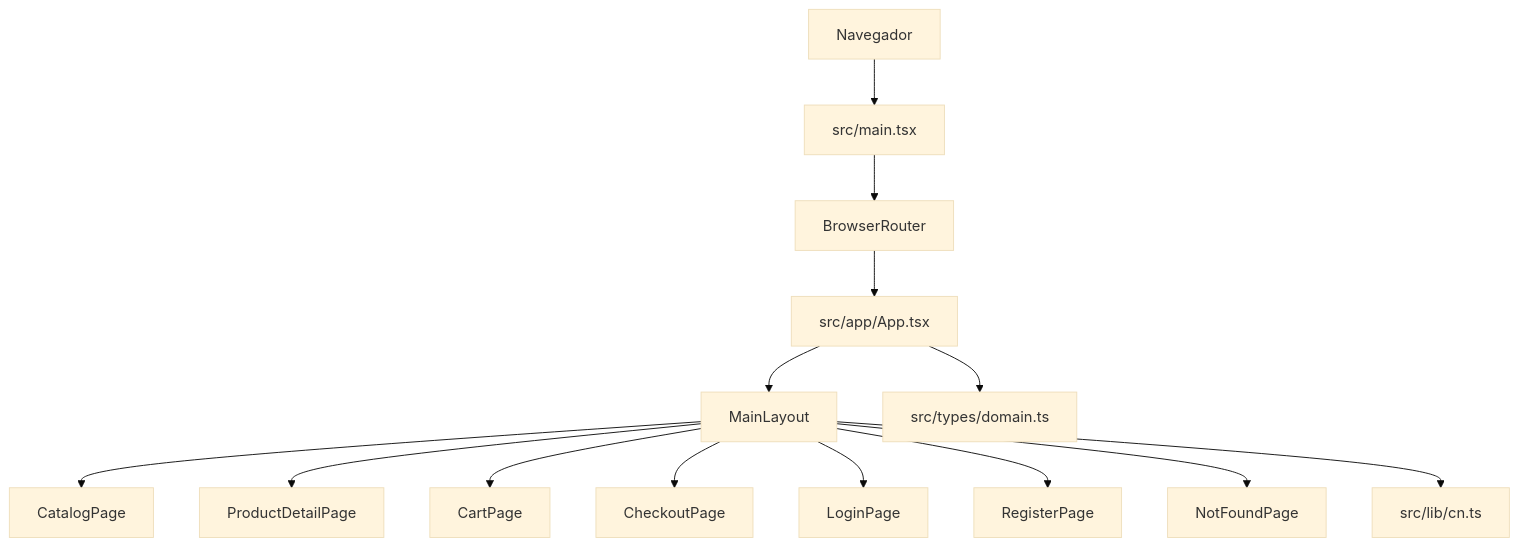
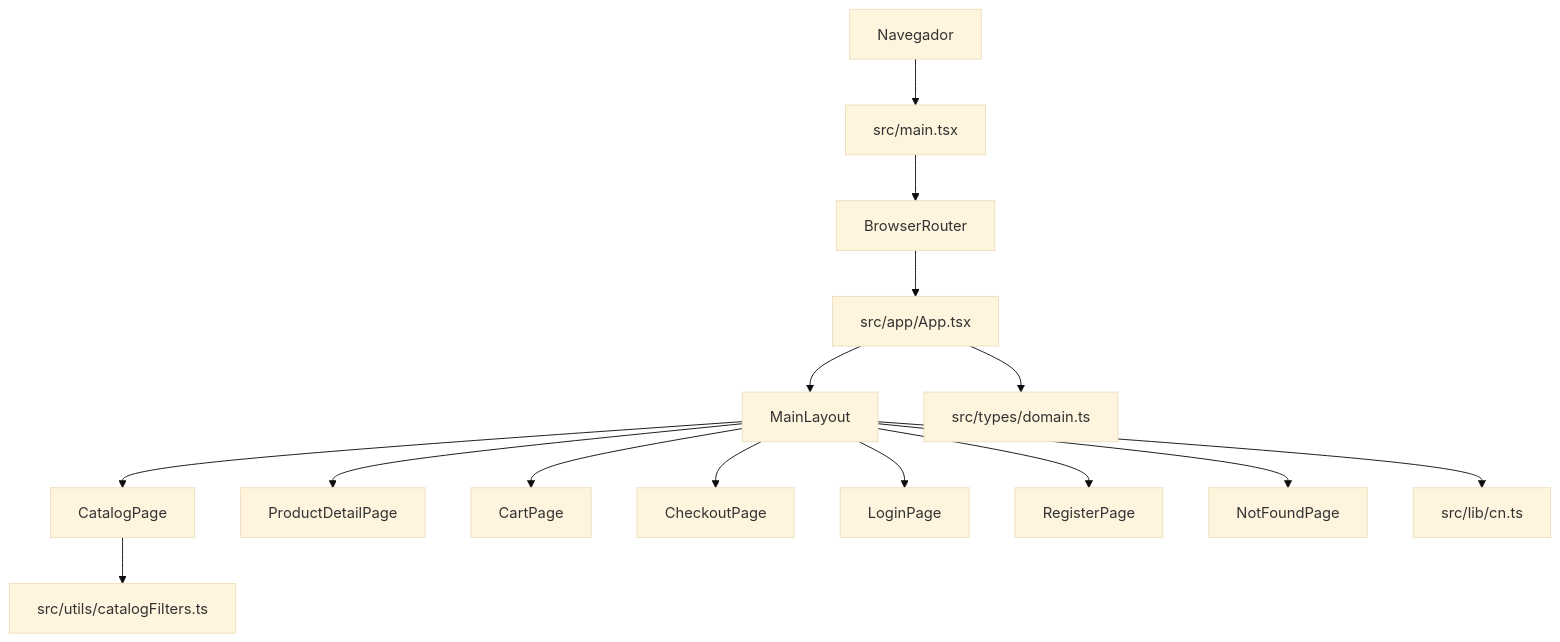
One commit to andresfccy/poli-tsp changed the first of 2 diagrams in docs/arquitectura/index.md. Above: the diagram before and after it, drawn with Mermaid (base theme). The commit also changed other lines of this file and 13 other files, not shown here.

Commit message:
Implement catalog search and filters

````diff
--- a/docs/arquitectura/index.md
+++ b/docs/arquitectura/index.md
@@ -7,16 +7,17 @@
 ```mermaid
 flowchart TD
   Browser["Navegador"] --> Main["src/main.tsx"]
   Main --> Router["BrowserRouter"]
   Router --> App["src/app/App.tsx"]
   App --> Layout["MainLayout"]
   Layout --> Catalog["CatalogPage"]
   Layout --> Detail["ProductDetailPage"]
   Layout --> Cart["CartPage"]
   Layout --> Checkout["CheckoutPage"]
   Layout --> Login["LoginPage"]
   Layout --> Register["RegisterPage"]
   Layout --> NotFound["NotFoundPage"]
   App --> Types["src/types/domain.ts"]
   Layout --> Utils["src/lib/cn.ts"]
+  Catalog --> Filters["src/utils/catalogFilters.ts"]
 ```
````
